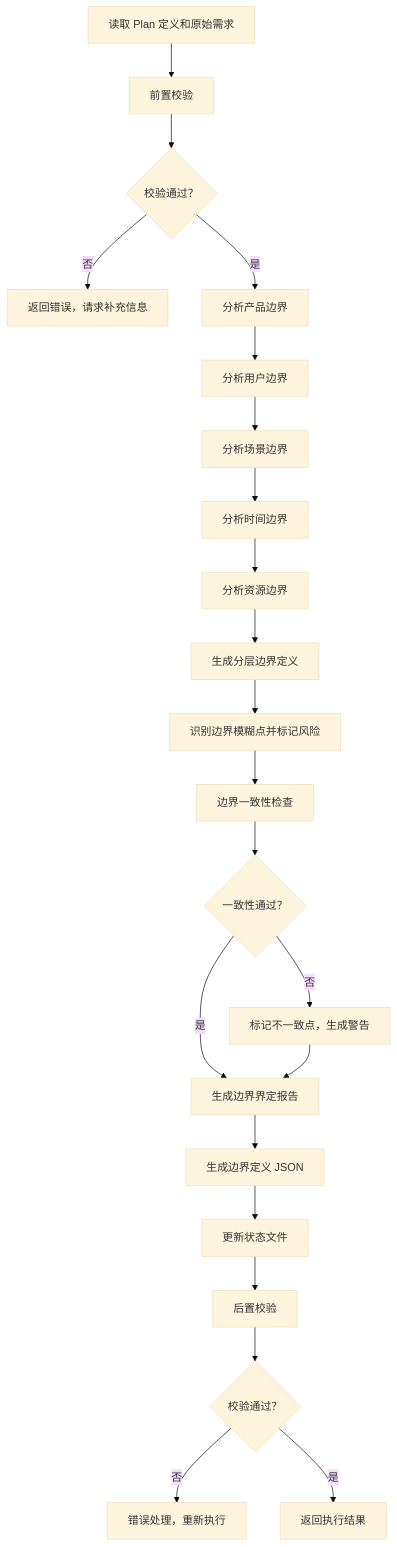
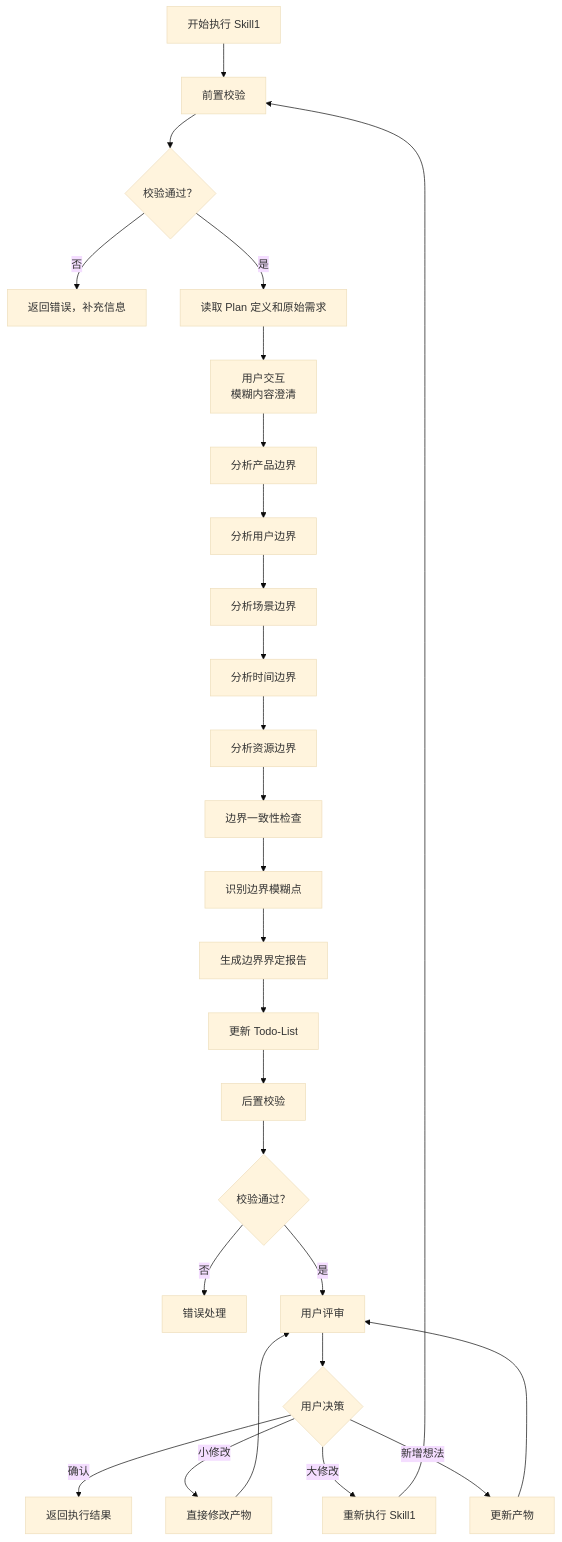
One commit to HeartFlying/swf changed the diagram in skills/s1-requirements/skill1-boundary/SKILL.md. Above: the diagram before and after it, drawn with Mermaid (base theme). The commit also changed other lines of this file and 39 other files, not shown here.

````diff
--- a/skills/s1-requirements/skill1-boundary/SKILL.md
+++ b/skills/s1-requirements/skill1-boundary/SKILL.md
@@ -90,24 +239,29 @@
 ```mermaid
-graph TD
-    A[读取 Plan 定义和原始需求] --> B[前置校验]
-    B --> C{校验通过？}
-    C -->|否 | D[返回错误，请求补充信息]
-    C -->|是 | E[分析产品边界]
-    E --> F[分析用户边界]
-    F --> G[分析场景边界]
-    G --> H[分析时间边界]
-    H --> I[分析资源边界]
-    I --> J[生成分层边界定义]
-    J --> K[识别边界模糊点并标记风险]
-    K --> L[边界一致性检查]
-    L --> M{一致性通过？}
-    M -->|否 | N[标记不一致点，生成警告]
-    M -->|是 | O[生成边界界定报告]
-    N --> O
-    O --> P[生成边界定义 JSON]
-    P --> Q[更新状态文件]
-    Q --> R[后置校验]
-    R --> S{校验通过？}
-    S -->|否 | T[错误处理，重新执行]
-    S -->|是 | U[返回执行结果]
+flowchart TD
+    Start[开始执行 Skill1] --> PreCheck[前置校验]
+    PreCheck --> CheckResult{校验通过？}
+    CheckResult -->|否 | Error[返回错误，补充信息]
+    CheckResult -->|是 | Parse[读取 Plan 定义和原始需求]
+    Parse --> Interact[用户交互<br/>模糊内容澄清]
+    Interact --> ProductBoundary[分析产品边界]
+    ProductBoundary --> UserBoundary[分析用户边界]
+    UserBoundary --> ScenarioBoundary[分析场景边界]
+    ScenarioBoundary --> TimeBoundary[分析时间边界]
+    TimeBoundary --> ResourceBoundary[分析资源边界]
+    ResourceBoundary --> ConsistencyCheck[边界一致性检查]
+    ConsistencyCheck --> RiskIdentify[识别边界模糊点]
+    RiskIdentify --> GenReport[生成边界界定报告]
+    GenReport --> UpdateTodo[更新 Todo-List]
+    UpdateTodo --> PostCheck[后置校验]
+    PostCheck --> PostCheckResult{校验通过？}
+    PostCheckResult -->|否 | HandleError[错误处理]
+    PostCheckResult -->|是 | Review[用户评审]
+    Review --> ReviewResult{用户决策}
+    ReviewResult -->|确认 | Return[返回执行结果]
+    ReviewResult -->|小修改 | Modify[直接修改产物]
+    ReviewResult -->|大修改 | ReExecute[重新执行 Skill1]
+    ReviewResult -->|新增想法 | Update[更新产物]
+    Modify --> Review
+    Update --> Review
+    ReExecute --> PreCheck
 ```
````
